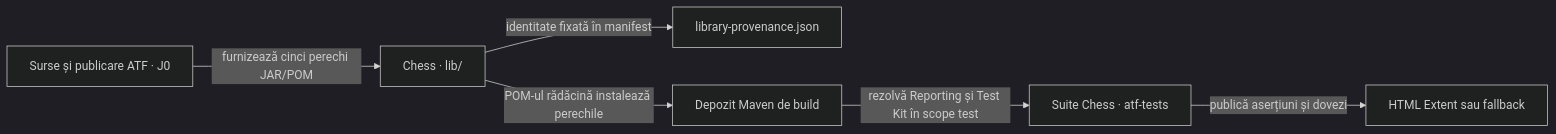
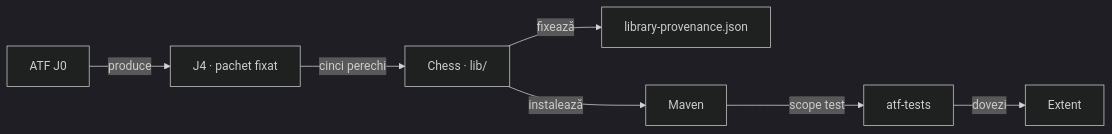
Before and after one commit to crististefanita/atf_j7: the diagram in lib/README.md, drawn with Mermaid (dark theme). The commit also changed other lines of this file and 31 other files, not shown here.

````diff
--- a/lib/README.md
+++ b/lib/README.md
@@ -8,8 +10,16 @@
 ```mermaid
 flowchart LR
-    J0["Surse și publicare ATF · J0"] -->|furnizează cinci perechi JAR/POM| Lib["Chess · lib/"]
-    Lib -->|identitate fixată în manifest| Provenance["library-provenance.json"]
-    Lib -->|POM-ul rădăcină instalează perechile| Maven["Depozit Maven de build"]
-    Maven -->|rezolvă Reporting și Test Kit în scope test| Suite["Suite Chess · atf-tests"]
-    Suite -->|publică aserțiuni și dovezi| Extent["HTML Extent sau fallback"]
+    J0["ATF J0"]
+    Donor["J4 · pachet fixat"]
+    Lib["Chess · lib/"]
+    Provenance["library-provenance.json"]
+    Maven["Maven"]
+    Suite["atf-tests"]
+    Extent["Extent"]
+    J0 -->|produce| Donor
+    Donor -->|cinci perechi| Lib
+    Lib -->|fixează| Provenance
+    Lib -->|instalează| Maven
+    Maven -->|scope test| Suite
+    Suite -->|dovezi| Extent
 ```
````
